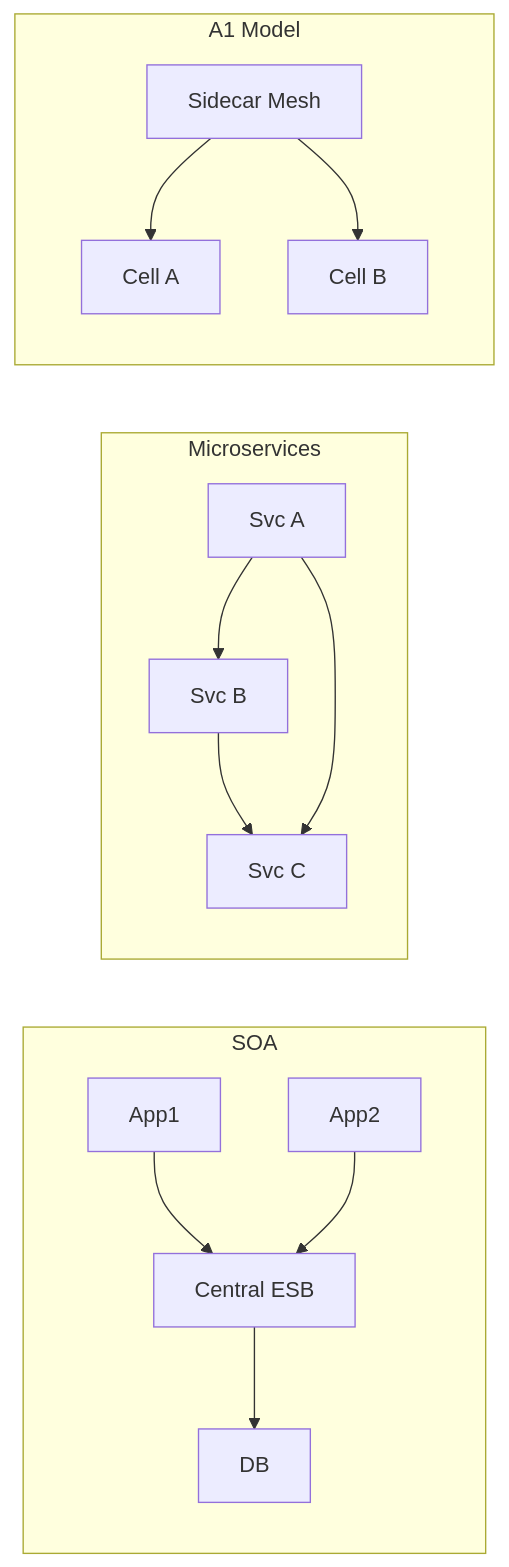
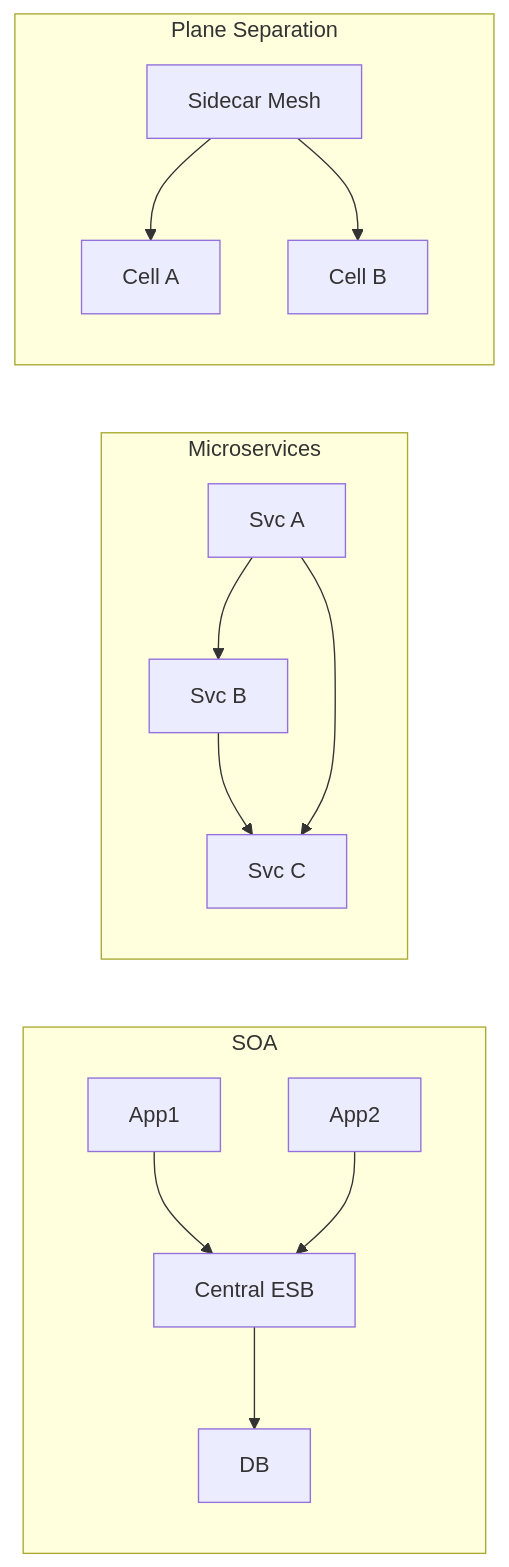
The sixth of 6 diagrams in src/app/[locale]/research/SCHOLARLY-ARTICLE-ENTERPRISE-ARCHITECTURE.md (gchaitanyabharath9/omnigcloud), drawn with Mermaid before and after one commit. The commit also changed other lines of this file and 1 other file, not shown here.

````diff
--- a/src/app/[locale]/research/SCHOLARLY-ARTICLE-ENTERPRISE-ARCHITECTURE.md
+++ b/src/app/[locale]/research/SCHOLARLY-ARTICLE-ENTERPRISE-ARCHITECTURE.md
@@ -151,23 +373,23 @@
 ```mermaid
 graph LR
     subgraph "SOA"
         App1 --> ESB[Central ESB]
         App2 --> ESB
         ESB --> DB
     end
     
     subgraph "Microservices"
         M1[Svc A] --> M2[Svc B]
         M2 --> M3[Svc C]
         M1 --> M3
     end
     
-    subgraph "A1 Model"
+    subgraph "Plane Separation"
         Mesh[Sidecar Mesh]
         Svc1[Cell A]
         Svc2[Cell B]
         
         Mesh --> Svc1
         Mesh --> Svc2
     end
 ```
````
